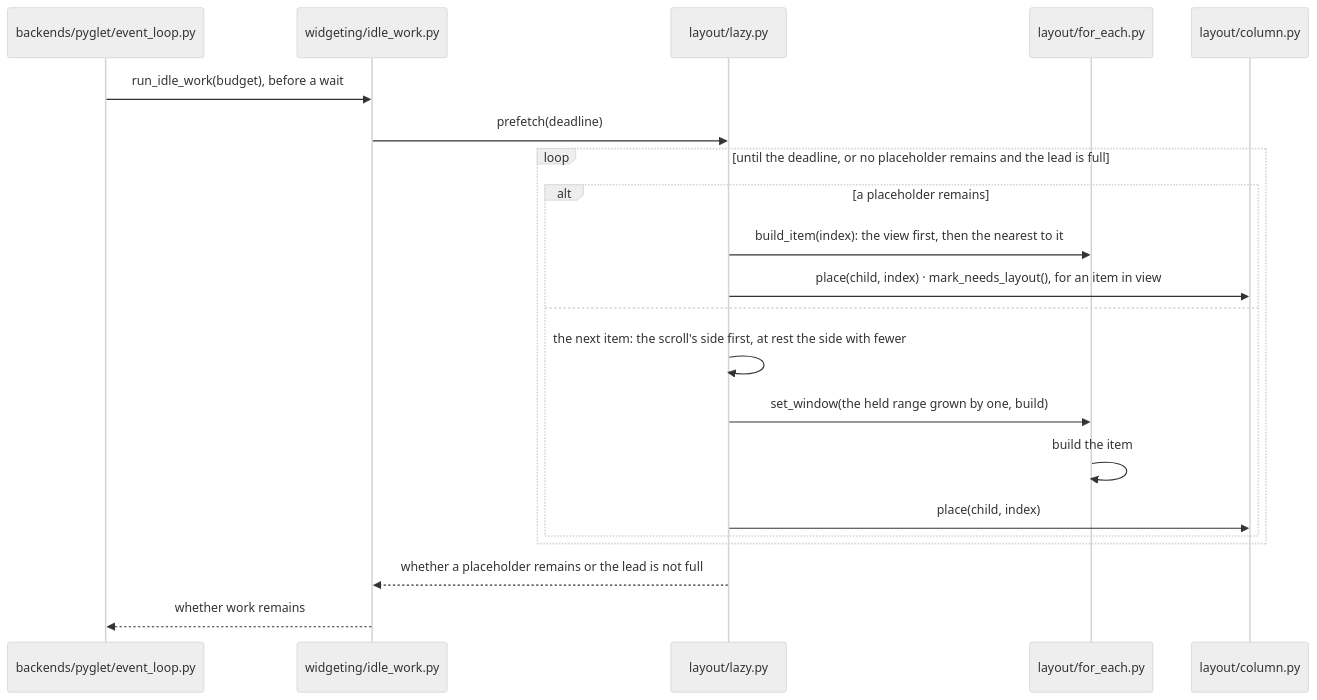
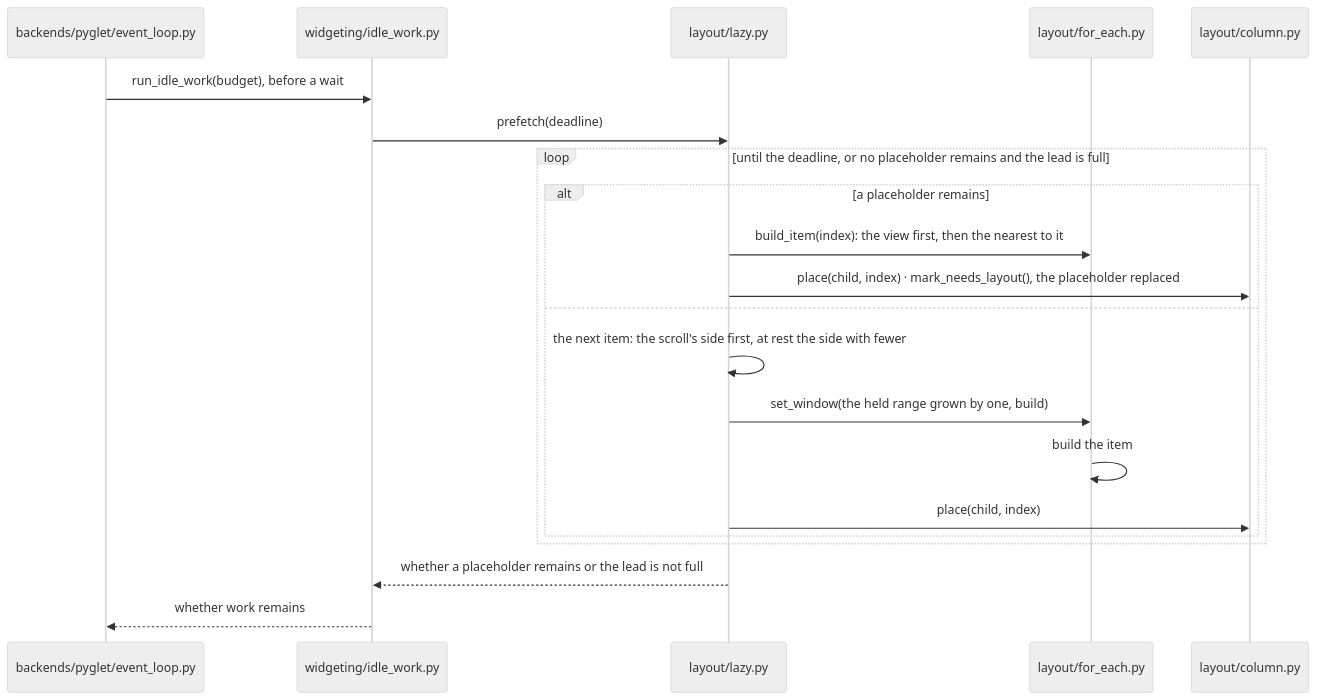
One commit to yuksblog/nuiitivet changed the eighth of 11 diagrams in docs/design/LAYOUT.md. Above: the diagram before and after it, drawn with Mermaid (neutral theme). The commit also changed other lines of this file and 6 other files, not shown here.

First line of the commit message:
fix(layout): fill a lazy view's placeholders in the next frame

````diff
--- a/docs/design/LAYOUT.md
+++ b/docs/design/LAYOUT.md
@@ -264,24 +269,24 @@
 ```mermaid
 sequenceDiagram
     participant E as backends/pyglet/event_loop.py
     participant I as widgeting/idle_work.py
     participant L as layout/lazy.py
     participant F as layout/for_each.py
     participant C as layout/column.py
 
     E->>I: run_idle_work(budget), before a wait
     I->>L: prefetch(deadline)
     loop until the deadline, or no placeholder remains and the lead is full
         alt a placeholder remains
             L->>F: build_item(index): the view first, then the nearest to it
-            L->>C: place(child, index) · mark_needs_layout(), for an item in view
+            L->>C: place(child, index) · mark_needs_layout(), the placeholder replaced
         else
             L->>L: the next item: the scroll's side first, at rest the side with fewer
             L->>F: set_window(the held range grown by one, build)
             F->>F: build the item
             L->>C: place(child, index)
         end
     end
     L-->>I: whether a placeholder remains or the lead is not full
     I-->>E: whether work remains
 ```
````
